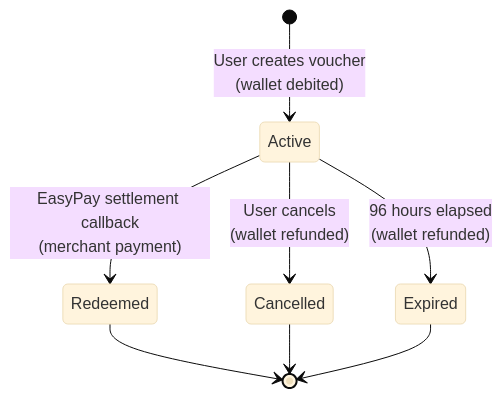
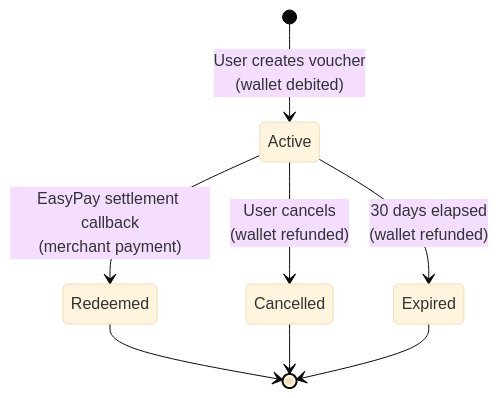
The fourth of 7 diagrams in docs/integrations/EasyPay_API_Integration_Guide.md (mymoolah-africa/mymoolah-platform), drawn with Mermaid (base theme) before and after one commit. The commit also changed other lines of this file and 22 other files, not shown here.

````diff
--- a/docs/integrations/EasyPay_API_Integration_Guide.md
+++ b/docs/integrations/EasyPay_API_Integration_Guide.md
@@ -594,10 +594,10 @@
 ```mermaid
 stateDiagram-v2
     [*] --> Active: User creates voucher<br/>(wallet debited)
     Active --> Redeemed: EasyPay settlement callback<br/>(merchant payment)
     Active --> Cancelled: User cancels<br/>(wallet refunded)
-    Active --> Expired: 96 hours elapsed<br/>(wallet refunded)
+    Active --> Expired: 30 days elapsed<br/>(wallet refunded)
     Redeemed --> [*]
     Cancelled --> [*]
     Expired --> [*]
 ```
````
